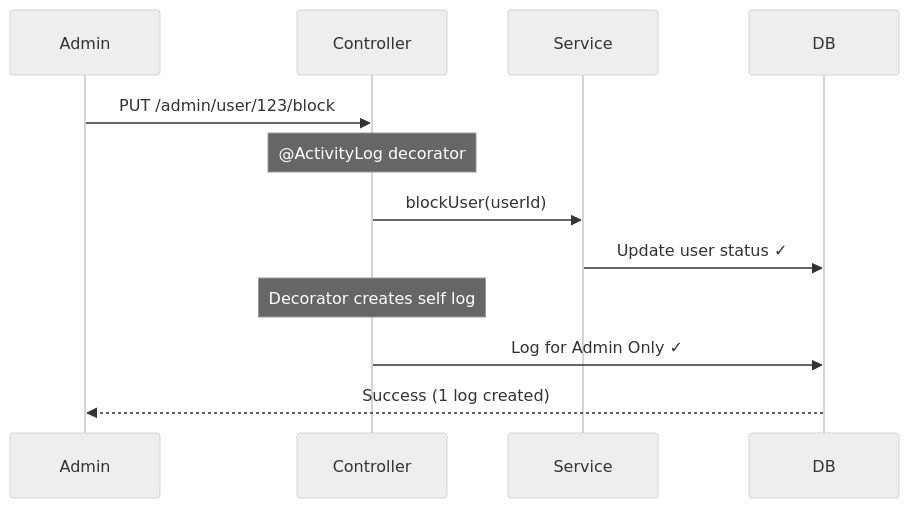
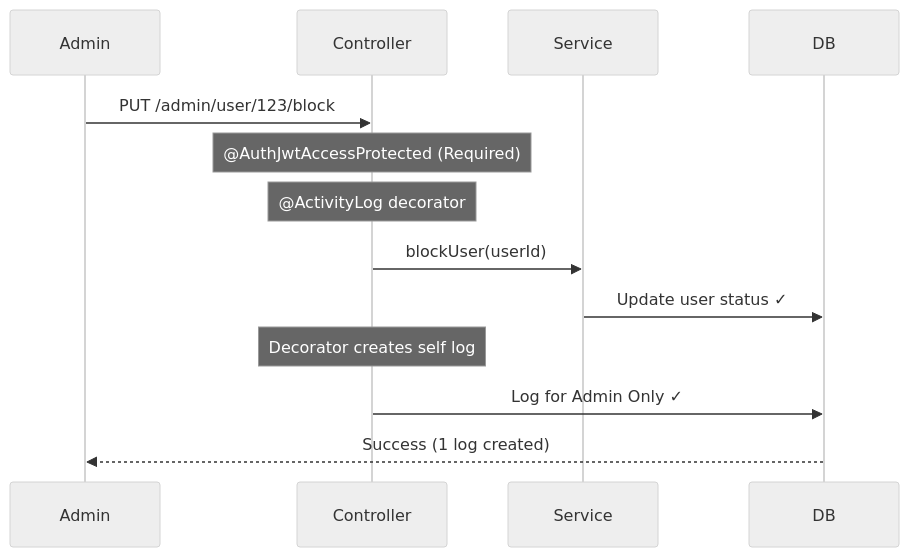
The second of 2 diagrams in docs/activity-log.md (andrechristikan/ack-nestjs-boilerplate), drawn with Mermaid (neutral theme) before and after one commit. The commit also changed other lines of this file and 60 other files, not shown here.

````diff
--- a/docs/activity-log.md
+++ b/docs/activity-log.md
@@ -133,15 +137,16 @@
 ```mermaid
 sequenceDiagram
     participant Admin
     participant Controller
     participant Service
     participant DB
     
     Admin->>Controller: PUT /admin/user/123/block
+    Note over Controller: @AuthJwtAccessProtected (Required)
     Note over Controller: @ActivityLog decorator
     Controller->>Service: blockUser(userId)
     Service->>DB: Update user status ✓
     Note over Controller: Decorator creates self log
     Controller->>DB: Log for Admin Only ✓
     DB-->>Admin: Success (1 log created)
 ```
````
